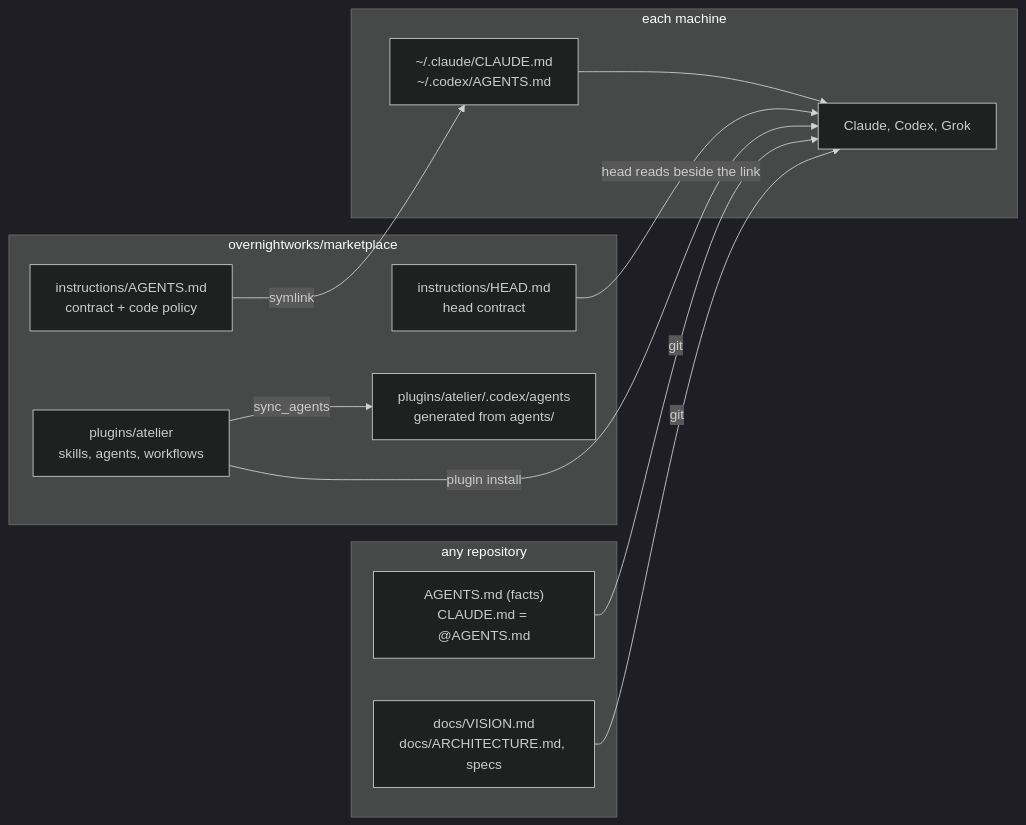
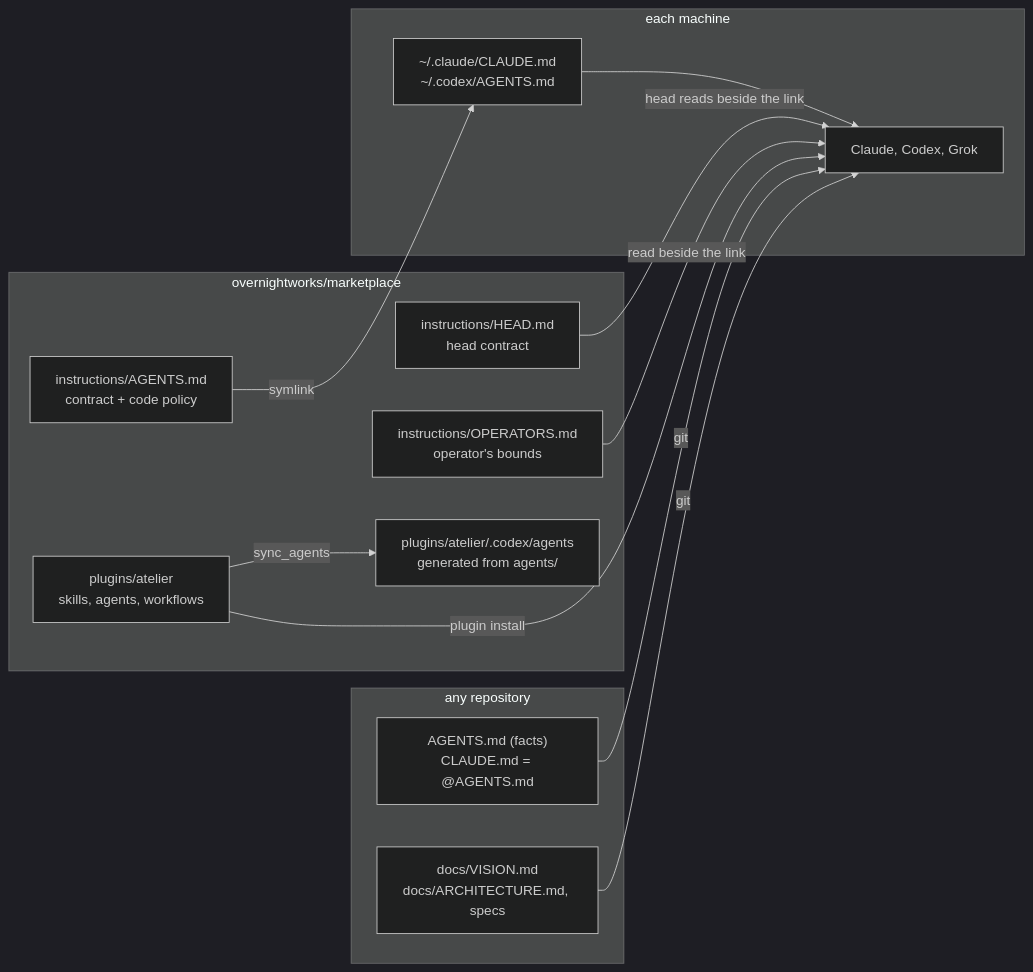
Before and after one commit to overnightworks/marketplace: the first of 2 diagrams in docs/ARCHITECTURE.md, drawn with Mermaid (dark theme). The commit also changed other lines of this file and 5 other files, not shown here.

First line of the commit message:
Move the fleet's bounds to instructions/OPERATORS.md and let rolled-back-able rule changes land as trials (#1063)

````diff
--- a/docs/ARCHITECTURE.md
+++ b/docs/ARCHITECTURE.md
@@ -21,23 +22,25 @@
 ```mermaid
 flowchart LR
     subgraph marketplace["overnightworks/marketplace"]
         contract["instructions/AGENTS.md<br/>contract + code policy"]
         headfile["instructions/HEAD.md<br/>head contract"]
+        bounds["instructions/OPERATORS.md<br/>operator's bounds"]
         plugin["plugins/atelier<br/>skills, agents, workflows"]
         codexagents["plugins/atelier/.codex/agents<br/>generated from agents/"]
     end
     subgraph machine["each machine"]
         userfiles["~/.claude/CLAUDE.md<br/>~/.codex/AGENTS.md"]
         host["Claude, Codex, Grok"]
     end
     subgraph repository["any repository"]
         facts["AGENTS.md (facts)<br/>CLAUDE.md = @AGENTS.md"]
         docs["docs/VISION.md<br/>docs/ARCHITECTURE.md, specs"]
     end
     contract -- symlink --> userfiles --> host
     headfile -- head reads beside the link --> host
+    bounds -- read beside the link --> host
     plugin -- plugin install --> host
     plugin -- sync_agents --> codexagents
     facts -- git --> host
     docs -- git --> host
 ```
````
